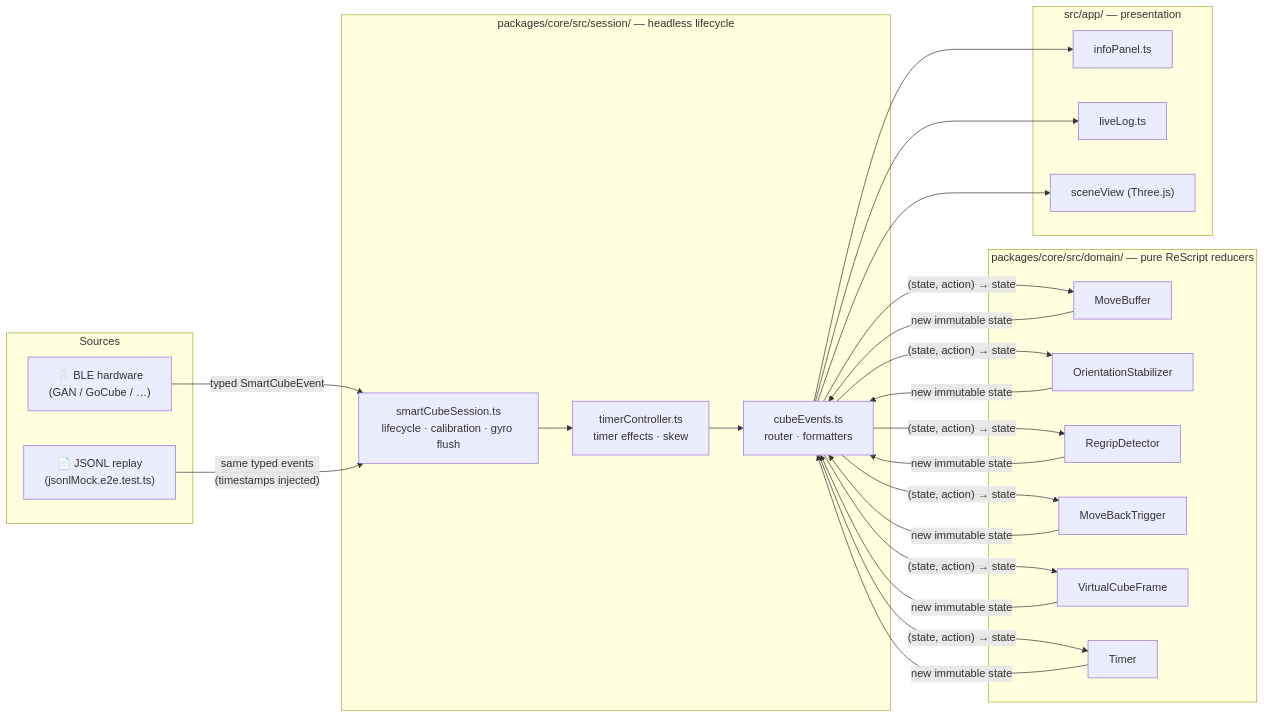
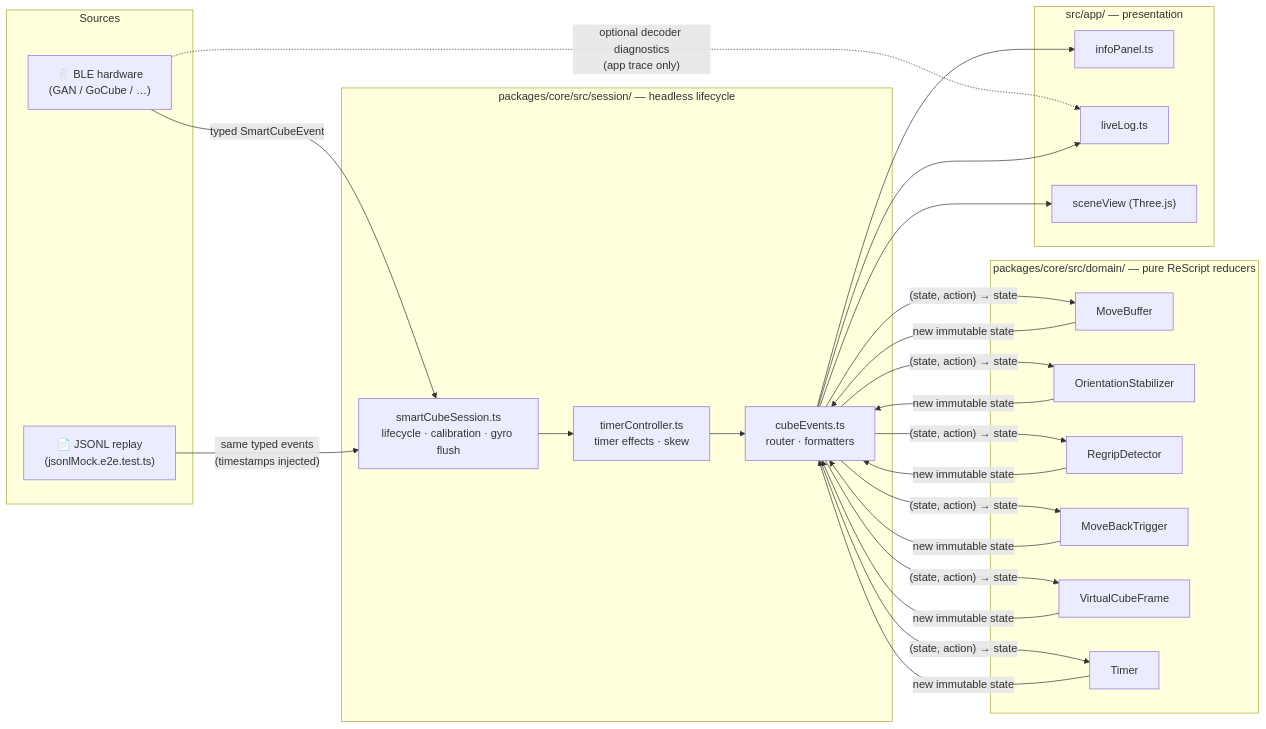
Before and after one commit to wstein/regrip: the diagram in README.md, drawn with Mermaid. The commit also changed other lines of this file and 2 other files, not shown here.

Commit message:
docs: describe diagnostic trace boundary

````diff
--- a/README.md
+++ b/README.md
@@ -14,35 +14,36 @@
 ```mermaid
 flowchart LR
   subgraph Sources
     BLE["🦷 BLE hardware\n(GAN / GoCube / …)"]
     JSONL["📄 JSONL replay\n(jsonlMock.e2e.test.ts)"]
   end
 
   subgraph Session ["packages/core/src/session/ — headless lifecycle"]
     SC["smartCubeSession.ts\nlifecycle · calibration · gyro flush"]
     TC["timerController.ts\ntimer effects · skew"]
     CE["cubeEvents.ts\nrouter · formatters"]
   end
 
   subgraph Domain ["packages/core/src/domain/ — pure ReScript reducers"]
     MB["MoveBuffer"]
     OS["OrientationStabilizer"]
     RD["RegripDetector"]
     MBT["MoveBackTrigger"]
     VCF["VirtualCubeFrame"]
     TM["Timer"]
   end
 
   subgraph App ["src/app/ — presentation"]
     IP["infoPanel.ts"]
     LL["liveLog.ts"]
     SV["sceneView (Three.js)"]
   end
 
   BLE -->|"typed SmartCubeEvent"| SC
+  BLE -. "optional decoder diagnostics\n(app trace only)" .-> LL
   JSONL -->|"same typed events\n(timestamps injected)"| SC
   SC --> TC --> CE
   CE -->|"(state, action) → state"| MB & OS & RD & MBT & VCF & TM
   MB & OS & RD & MBT & VCF & TM -->|"new immutable state"| CE
   CE --> IP & LL & SV
 ```
````
